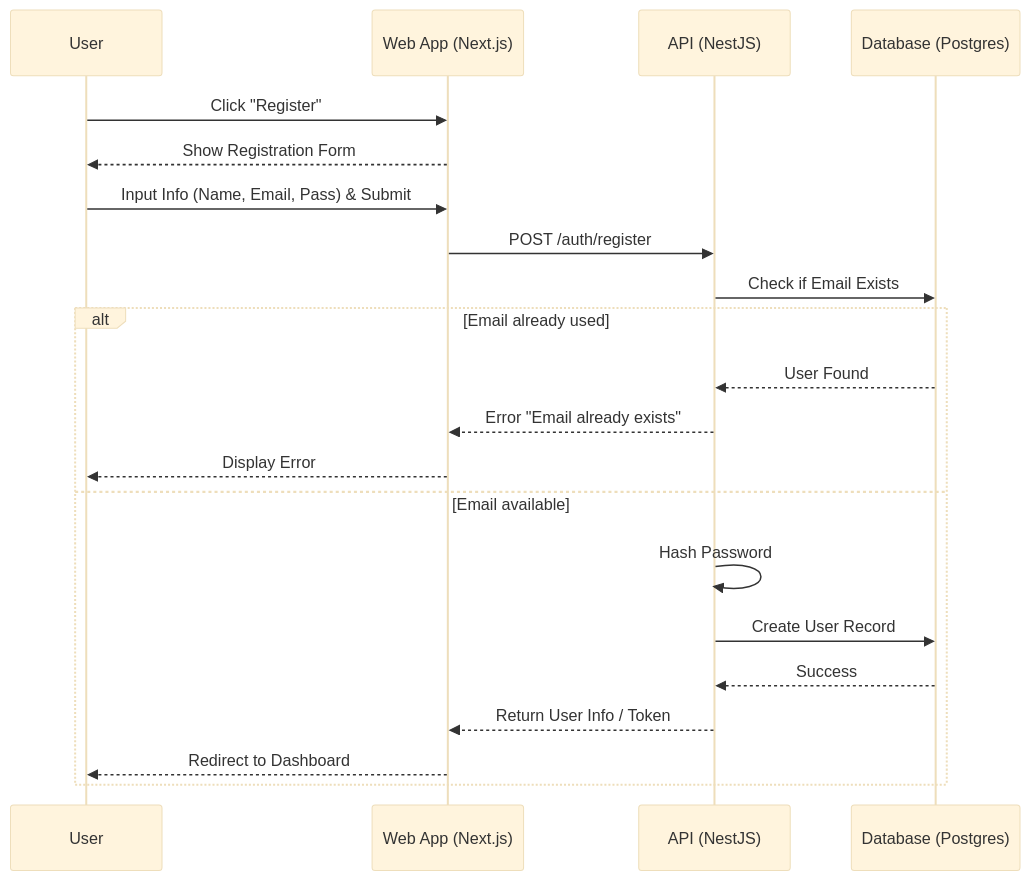
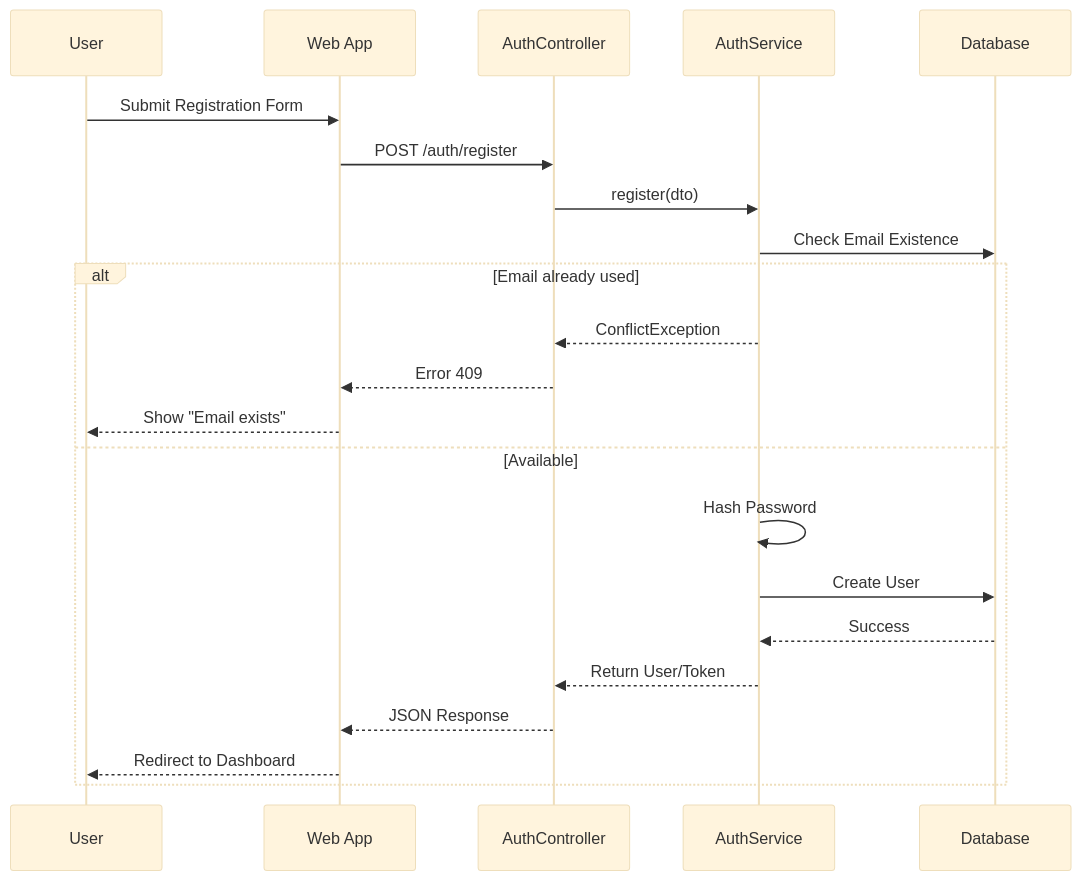
The first of 5 diagrams in DOC-TTCS/authentication_docs.md (duong4444/agribot-dev), drawn with Mermaid (base theme) before and after one commit. The commit also changed other lines of this file and 7 other files, not shown here.

````diff
--- a/DOC-TTCS/authentication_docs.md
+++ b/DOC-TTCS/authentication_docs.md
@@ -72,24 +72,26 @@
 ```mermaid
 sequenceDiagram
     participant U as User
-    participant FE as Web App (Next.js)
-    participant BE as API (NestJS)
-    participant DB as Database (Postgres)
+    participant FE as Web App
+    participant CTL as AuthController
+    participant SVC as AuthService
+    participant DB as Database
 
-    U->>FE: Click "Register"
-    FE-->>U: Show Registration Form
-    U->>FE: Input Info (Name, Email, Pass) & Submit
-    FE->>BE: POST /auth/register
-    BE->>DB: Check if Email Exists
+    U->>FE: Submit Registration Form
+    FE->>CTL: POST /auth/register
+    CTL->>SVC: register(dto)
+    
+    SVC->>DB: Check Email Existence
     alt Email already used
-        DB-->>BE: User Found
-        BE-->>FE: Error "Email already exists"
-        FE-->>U: Display Error
-    else Email available
-        BE->>BE: Hash Password
-        BE->>DB: Create User Record
-        DB-->>BE: Success
-        BE-->>FE: Return User Info / Token
+        SVC-->>CTL: ConflictException
+        CTL-->>FE: Error 409
+        FE-->>U: Show "Email exists"
+    else Available
+        SVC->>SVC: Hash Password
+        SVC->>DB: Create User
+        DB-->>SVC: Success
+        SVC-->>CTL: Return User/Token
+        CTL-->>FE: JSON Response
         FE-->>U: Redirect to Dashboard
     end
 ```
````
